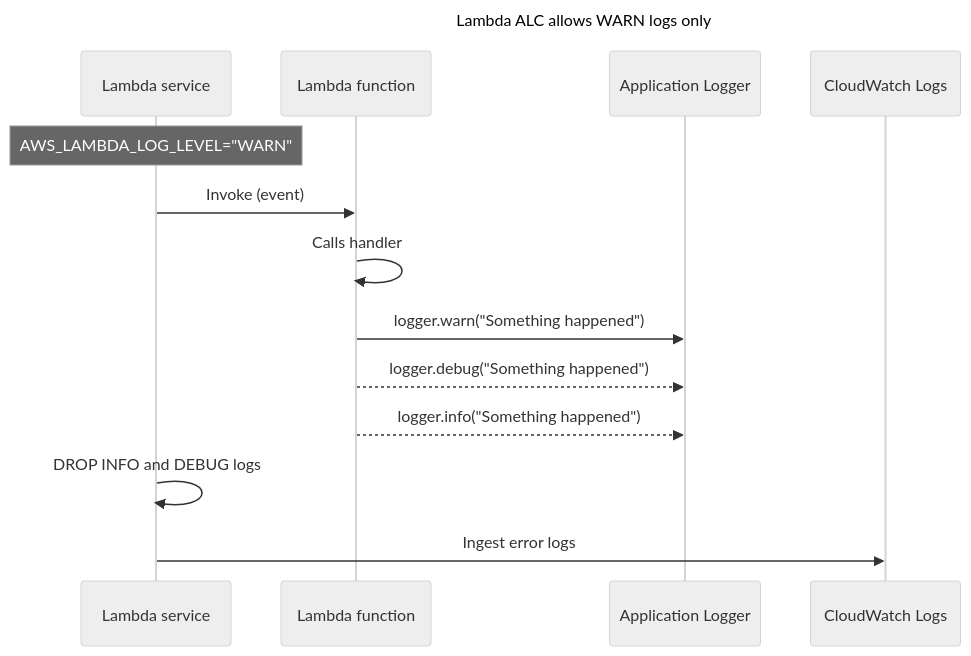
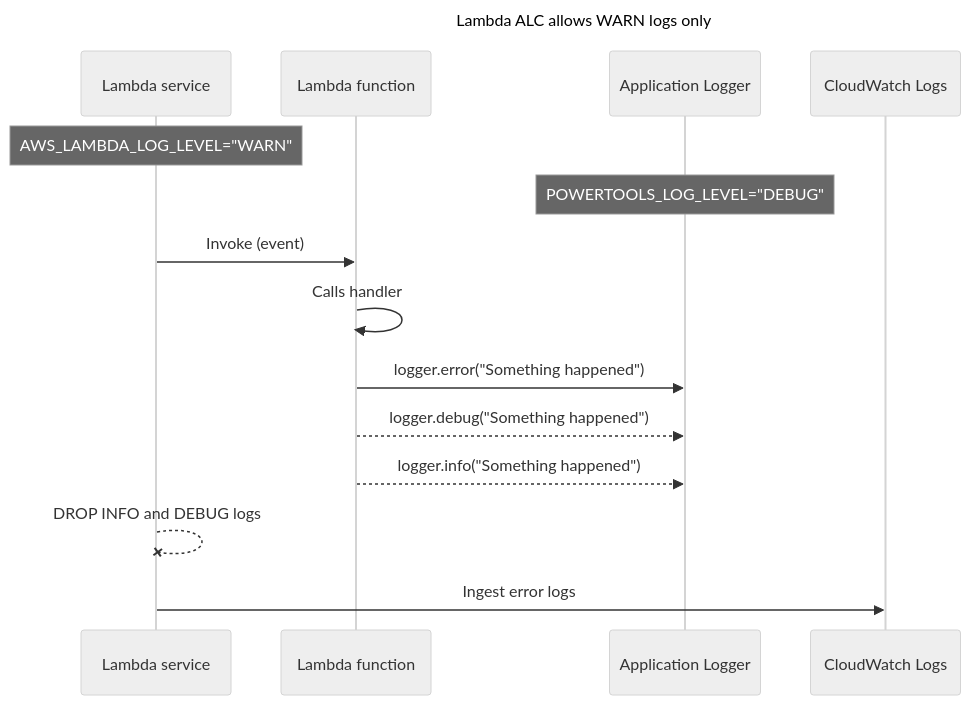
The diagram in docs/core/logger.md (aws-powertools/powertools-lambda-python), drawn with Mermaid (neutral theme) before and after one commit. The commit also changed other lines of this file, not shown here.

Commit message:
docs(logger): improve messaging on ALC usefulness in PT ctx

````diff
--- a/docs/core/logger.md
+++ b/docs/core/logger.md
@@ -313,15 +318,18 @@
 ```mermaid
 sequenceDiagram
     title Lambda ALC allows WARN logs only
     participant Lambda service
     participant Lambda function
     participant Application Logger
+
     Note over Lambda service: AWS_LAMBDA_LOG_LEVEL="WARN"
+    Note over Application Logger: POWERTOOLS_LOG_LEVEL="DEBUG"
+
     Lambda service->>Lambda function: Invoke (event)
     Lambda function->>Lambda function: Calls handler
-    Lambda function->>Application Logger: logger.warn("Something happened")
+    Lambda function->>Application Logger: logger.error("Something happened")
     Lambda function-->>Application Logger: logger.debug("Something happened")
     Lambda function-->>Application Logger: logger.info("Something happened")
-    Lambda service->>Lambda service: DROP INFO and DEBUG logs
+    Lambda service--xLambda service: DROP INFO and DEBUG logs
     Lambda service->>CloudWatch Logs: Ingest error logs
 ```
````
